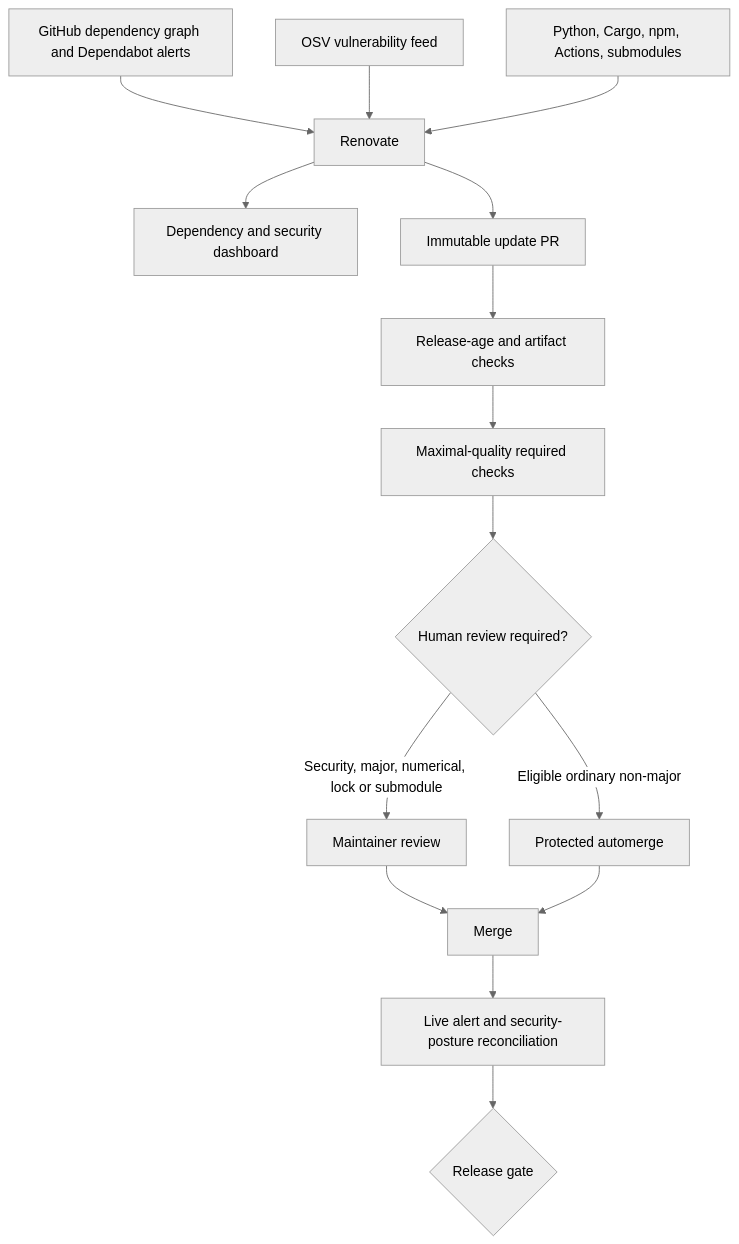
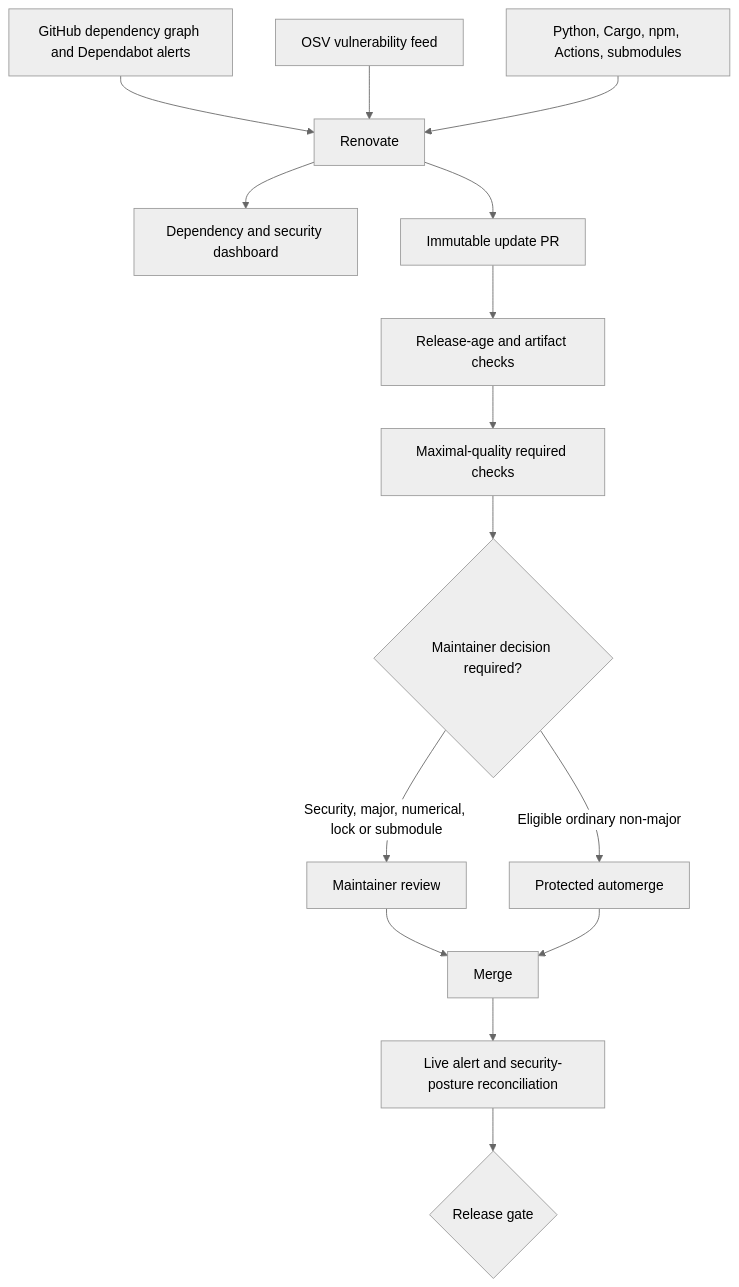
The sixth of 16 diagrams in conductor/design.md (edithatogo/voiage), drawn with Mermaid (neutral theme) before and after one commit. The commit also changed other lines of this file and 4 other files, not shown here.

````diff
--- a/conductor/design.md
+++ b/conductor/design.md
@@ -122,17 +122,17 @@
 ```mermaid
 flowchart TD
     Advisory["GitHub dependency graph and Dependabot alerts"] --> Renovate["Renovate"]
     OSV["OSV vulnerability feed"] --> Renovate
     Registries["Python, Cargo, npm, Actions, submodules"] --> Renovate
     Renovate --> Dashboard["Dependency and security dashboard"]
     Renovate --> PR["Immutable update PR"]
     PR --> Stability["Release-age and artifact checks"]
     Stability --> Protected["Maximal-quality required checks"]
-    Protected --> Review{"Human review required?"}
+    Protected --> Review{"Maintainer decision required?"}
     Review -- "Security, major, numerical, lock or submodule" --> Human["Maintainer review"]
     Review -- "Eligible ordinary non-major" --> Auto["Protected automerge"]
     Human --> Merge["Merge"]
     Auto --> Merge
     Merge --> Posture["Live alert and security-posture reconciliation"]
     Posture --> Release{"Release gate"}
 ```
````
